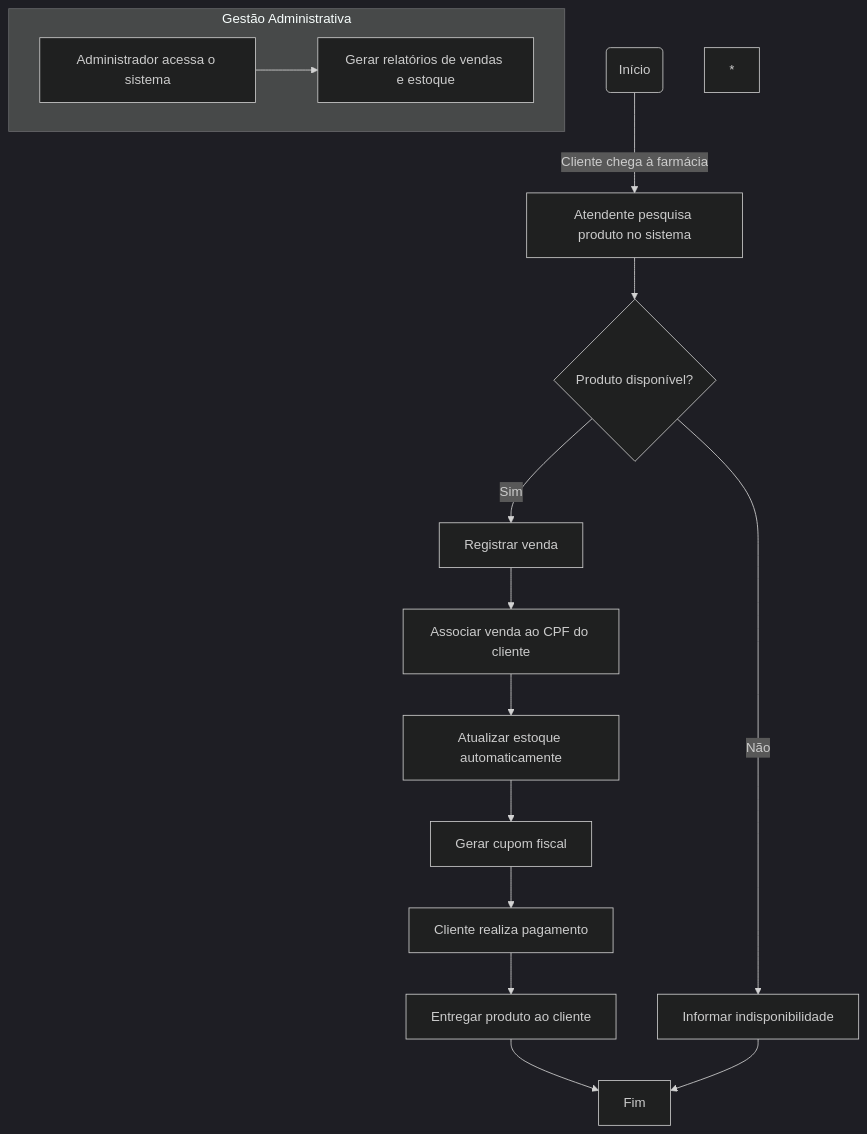
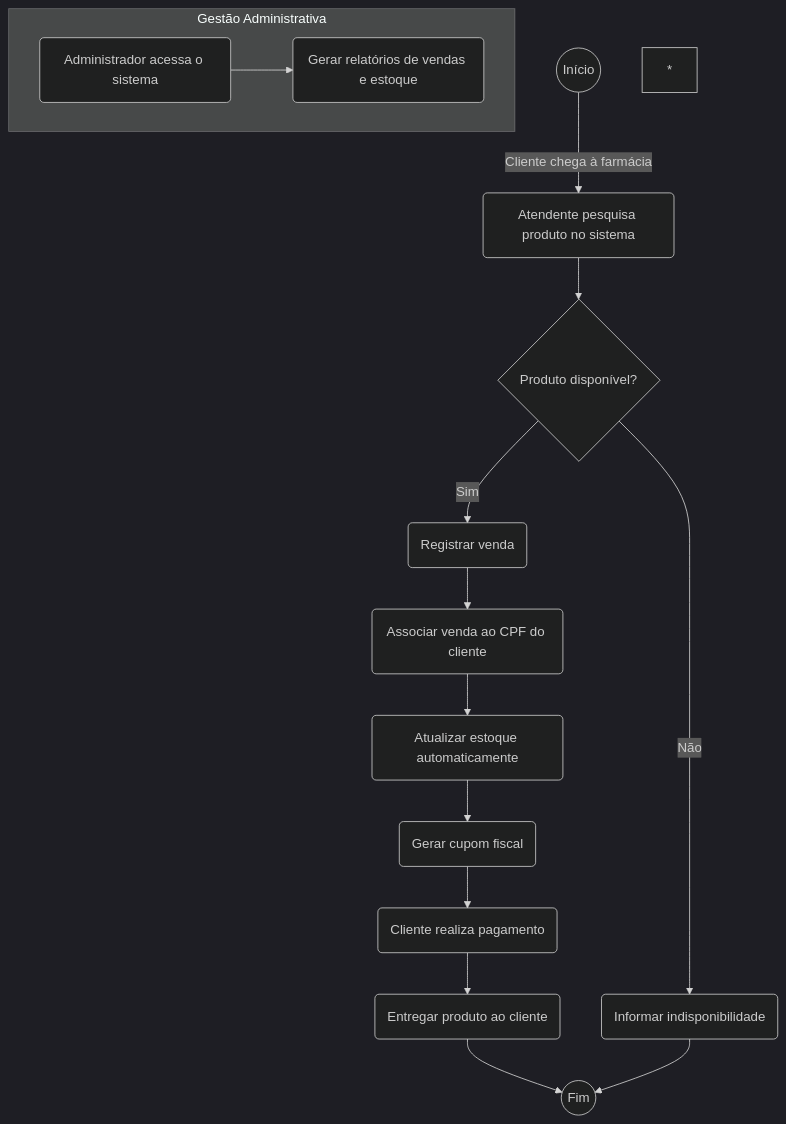
The diagram in docs/index.md (Enssoo/UML-Classroom-FCI), drawn with Mermaid (dark theme) before and after one commit.

````diff
--- a/docs/index.md
+++ b/docs/index.md
@@ -48,19 +48,19 @@
 ```mermaid
 graph TD
-    A(Início) -->|Cliente chega à farmácia| B[Atendente pesquisa produto no sistema]
+    A((Início)) -->|Cliente chega à farmácia| B(Atendente pesquisa produto no sistema)
     B --> C{Produto disponível?}
-    C -->|Sim| D[Registrar venda]
-    D --> E[Associar venda ao CPF do cliente]
-    E --> F[Atualizar estoque automaticamente]
-    F --> G[Gerar cupom fiscal]
-    G --> H[Cliente realiza pagamento]
-    H --> I[Entregar produto ao cliente]
-    I --> J[Fim]
+    C -->|Sim| D(Registrar venda)
+    D --> E(Associar venda ao CPF do cliente)
+    E --> F(Atualizar estoque automaticamente)
+    F --> G(Gerar cupom fiscal)
+    G --> H(Cliente realiza pagamento)
+    H --> I(Entregar produto ao cliente)
+    I --> J((Fim))
 
-    C -->|Não| K[Informar indisponibilidade]
+    C -->|Não| K(Informar indisponibilidade)
     K --> J
 
     subgraph Gestão Administrativa
-        L[Administrador acessa o sistema] --> M[Gerar relatórios de vendas e estoque]
+        L(Administrador acessa o sistema) --> M(Gerar relatórios de vendas e estoque)
     end*
 ```
````
